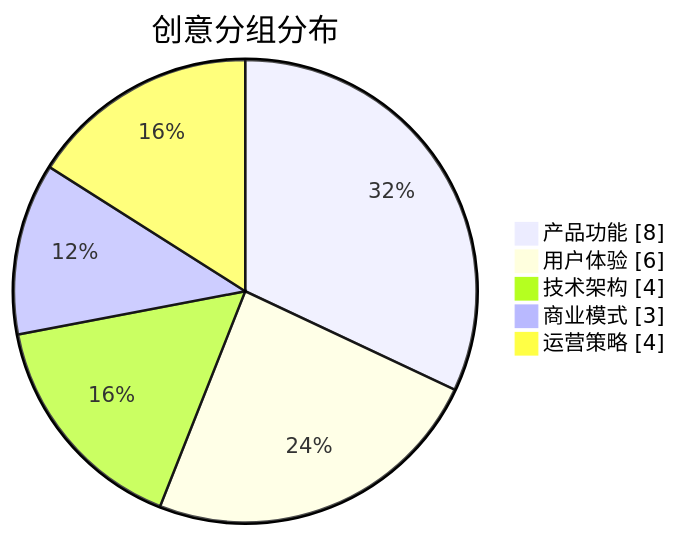
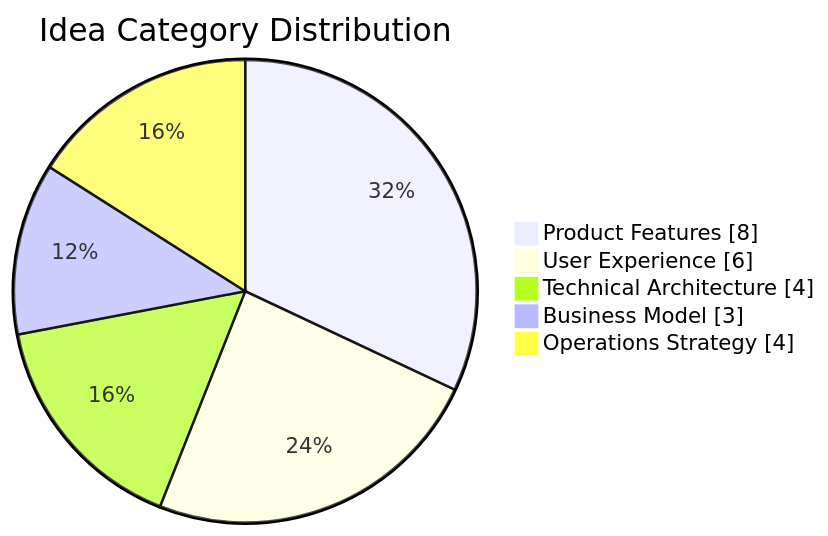
One commit to zengwenliang416/my-plugins changed the ninth of 10 diagrams in plugins/brainstorm/skills/idea-evaluator/references/mermaid-templates.md. Above: the diagram before and after it, drawn with Mermaid. The commit also changed other lines of this file and 3 other files, not shown here.

````diff
--- a/plugins/brainstorm/skills/idea-evaluator/references/mermaid-templates.md
+++ b/plugins/brainstorm/skills/idea-evaluator/references/mermaid-templates.md
@@ -167,9 +167,9 @@
 ```mermaid
 pie showData
-    title 创意分组分布
-    "产品功能" : 8
-    "用户体验" : 6
-    "技术架构" : 4
-    "商业模式" : 3
-    "运营策略" : 4
+    title Idea Category Distribution
+    "Product Features" : 8
+    "User Experience" : 6
+    "Technical Architecture" : 4
+    "Business Model" : 3
+    "Operations Strategy" : 4
 ```
````
